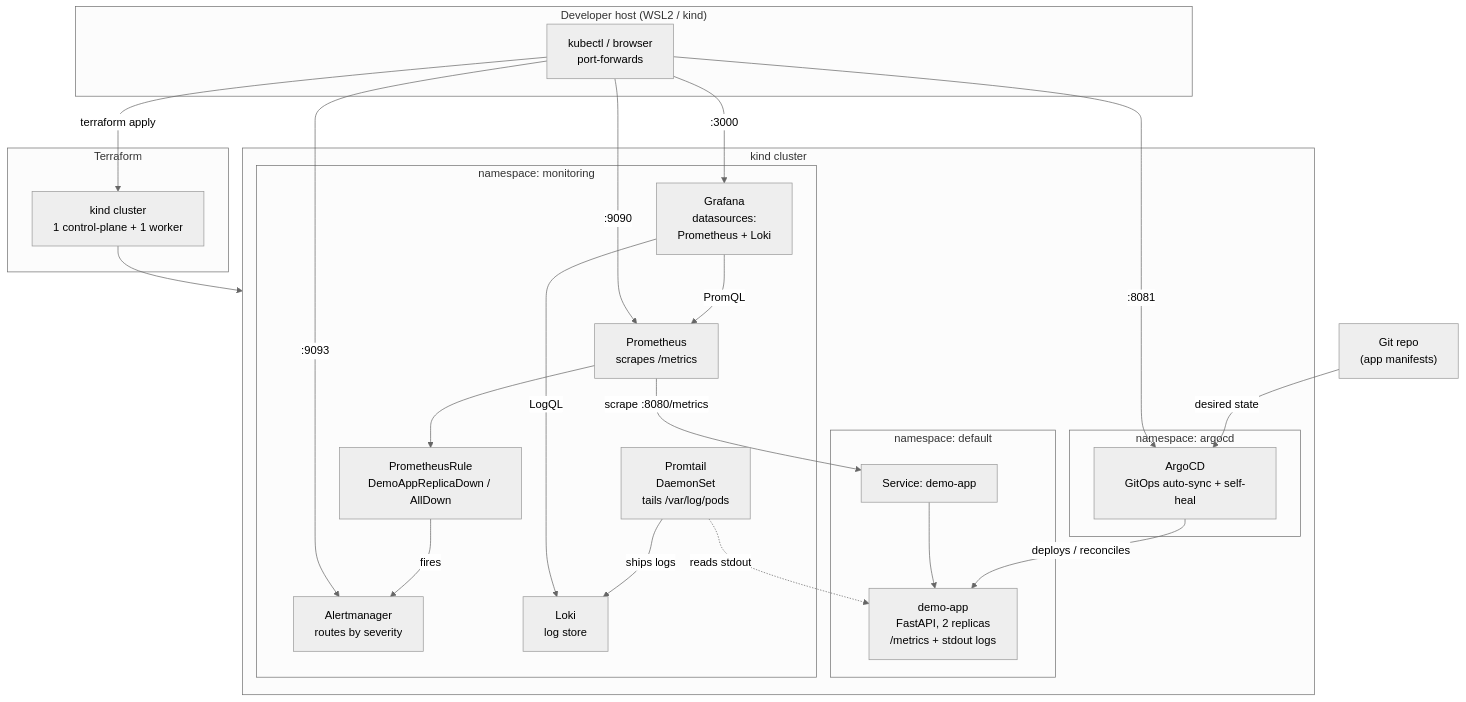
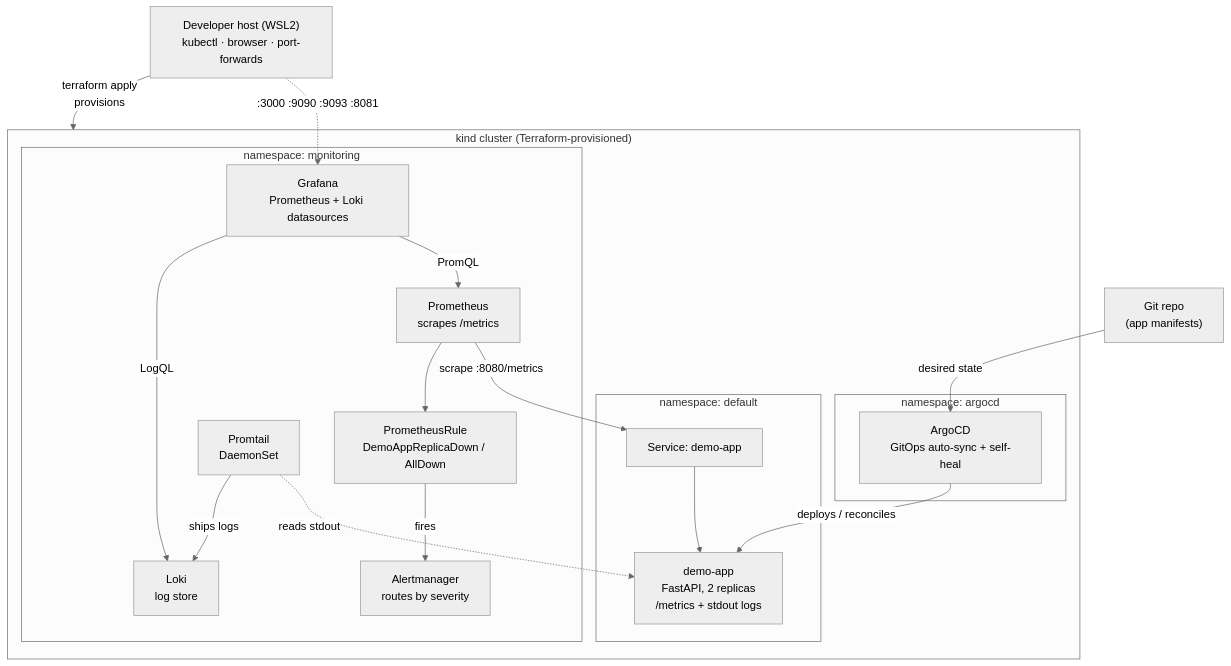
Before and after one commit to Arun-Singh-Chauhan-09/interview: the diagram in deployment-task/architecture.mmd, drawn with Mermaid (neutral theme).

```diff
--- a/deployment-task/architecture.mmd
+++ b/deployment-task/architecture.mmd
@@ -1,47 +1,37 @@
 graph TB
-    subgraph host["Developer host (WSL2 / kind)"]
-        dev["kubectl / browser<br/>port-forwards"]
-    end
+    dev["Developer host (WSL2)<br/>kubectl · browser · port-forwards"]
+    gitrepo["Git repo<br/>(app manifests)"]
 
-    subgraph tf["Terraform"]
-        kindNode["kind cluster<br/>1 control-plane + 1 worker"]
-    end
+    dev -->|terraform apply<br/>provisions| cluster
 
-    subgraph cluster["kind cluster"]
+    subgraph cluster["kind cluster (Terraform-provisioned)"]
         subgraph nsApp["namespace: default"]
+            svc["Service: demo-app"]
             app["demo-app<br/>FastAPI, 2 replicas<br/>/metrics + stdout logs"]
-            svc["Service: demo-app"]
+            svc --> app
         end
 
         subgraph nsArgo["namespace: argocd"]
             argo["ArgoCD<br/>GitOps auto-sync + self-heal"]
         end
 
         subgraph nsMon["namespace: monitoring"]
             prom["Prometheus<br/>scrapes /metrics"]
+            rules["PrometheusRule<br/>DemoAppReplicaDown / AllDown"]
             am["Alertmanager<br/>routes by severity"]
-            graf["Grafana<br/>datasources:<br/>Prometheus + Loki"]
             loki["Loki<br/>log store"]
-            pt["Promtail<br/>DaemonSet<br/>tails /var/log/pods"]
-            rules["PrometheusRule<br/>DemoAppReplicaDown / AllDown"]
+            pt["Promtail<br/>DaemonSet"]
+            graf["Grafana<br/>Prometheus + Loki datasources"]
         end
     end
 
-    gitrepo["Git repo<br/>(app manifests)"]
-
-    dev -->|terraform apply| kindNode
-    kindNode --> cluster
+    gitrepo -->|desired state| argo
     argo -->|deploys / reconciles| app
-    gitrepo -->|desired state| argo
-    svc --> app
     prom -->|scrape :8080/metrics| svc
     prom --> rules
     rules -->|fires| am
+    pt -.->|reads stdout| app
     pt -->|ships logs| loki
-    pt -.->|reads stdout| app
     graf -->|PromQL| prom
     graf -->|LogQL| loki
-    dev -->|:3000| graf
-    dev -->|:9090| prom
-    dev -->|:9093| am
-    dev -->|:8081| argo
+    dev -.->|:3000 :9090 :9093 :8081| graf
```
